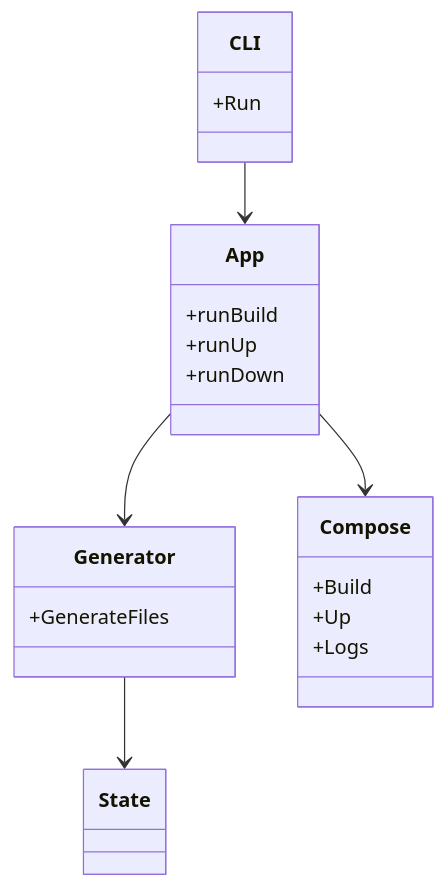
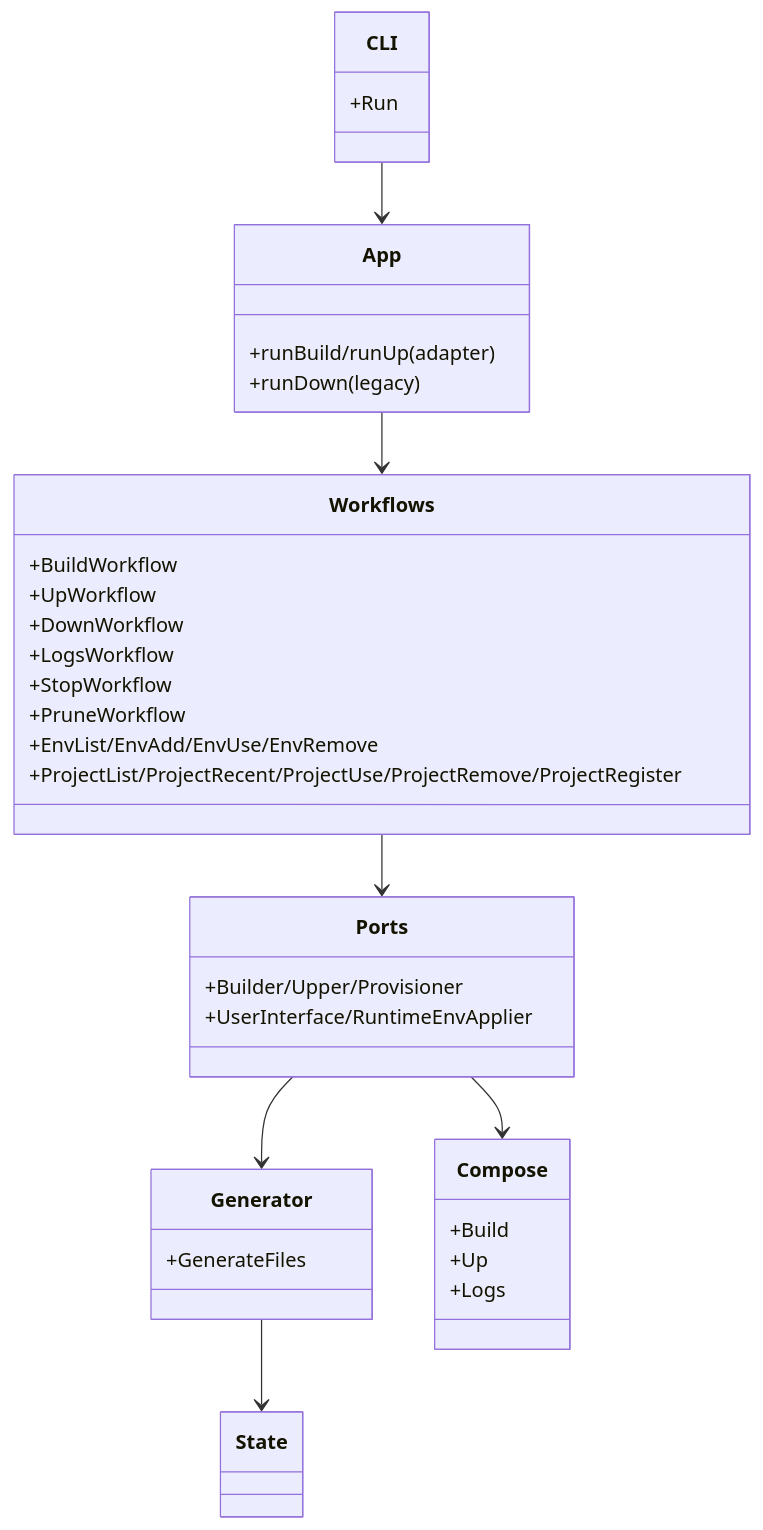
The first of 3 diagrams in docs/developer/cli-architecture.md (poruru-code/esb), drawn with Mermaid before and after one commit. The commit also changed other lines of this file and 59 other files, not shown here.

Commit message:
CLI: env/project workflow化 + deps split

````diff
--- a/docs/developer/cli-architecture.md
+++ b/docs/developer/cli-architecture.md
@@ -15,24 +17,39 @@
 ```mermaid
 classDiagram
     class CLI {
         +Run
     }
     class App {
-        +runBuild
-        +runUp
-        +runDown
+        +runBuild/runUp (adapter)
+        +runDown (legacy)
+    }
+    class Workflows {
+        +BuildWorkflow
+        +UpWorkflow
+        +DownWorkflow
+        +LogsWorkflow
+        +StopWorkflow
+        +PruneWorkflow
+        +EnvList/EnvAdd/EnvUse/EnvRemove
+        +ProjectList/ProjectRecent/ProjectUse/ProjectRemove/ProjectRegister
+    }
+    class Ports {
+        +Builder/Upper/Provisioner
+        +UserInterface/RuntimeEnvApplier
     }
     class Generator {
         +GenerateFiles
     }
     class Compose {
         +Build
         +Up
         +Logs
     }
     class State
     CLI --> App
-    App --> Generator
-    App --> Compose
+    App --> Workflows
+    Workflows --> Ports
+    Ports --> Generator
+    Ports --> Compose
     Generator --> State
 ```
````
